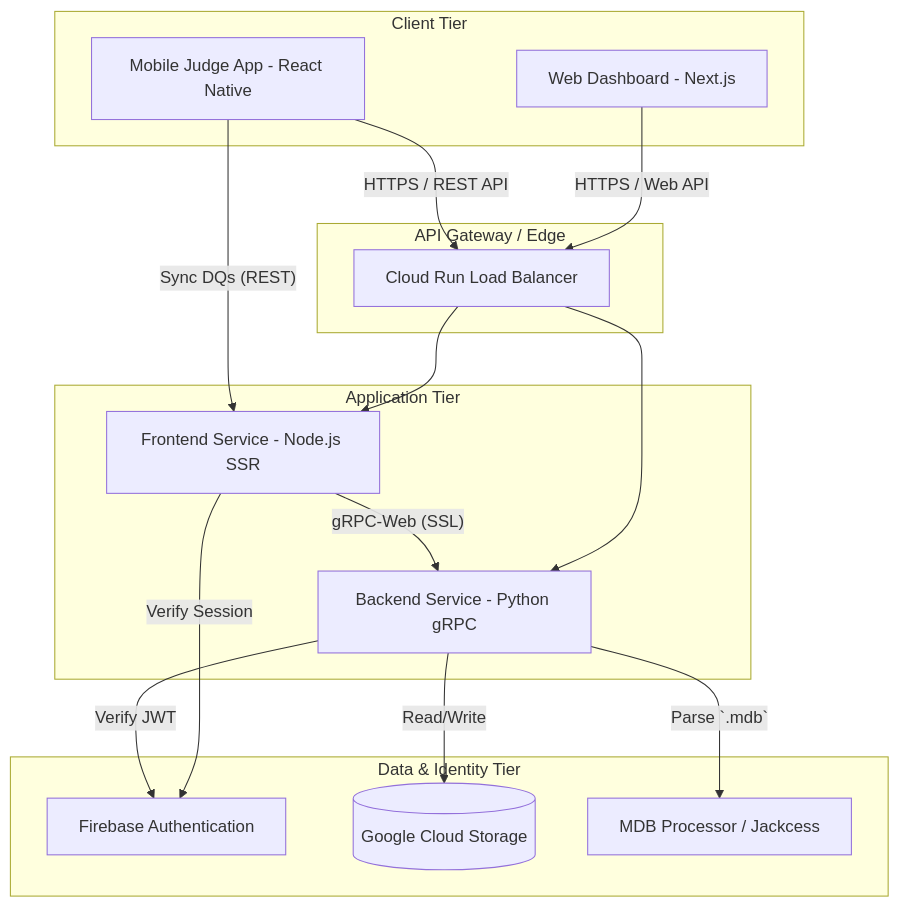
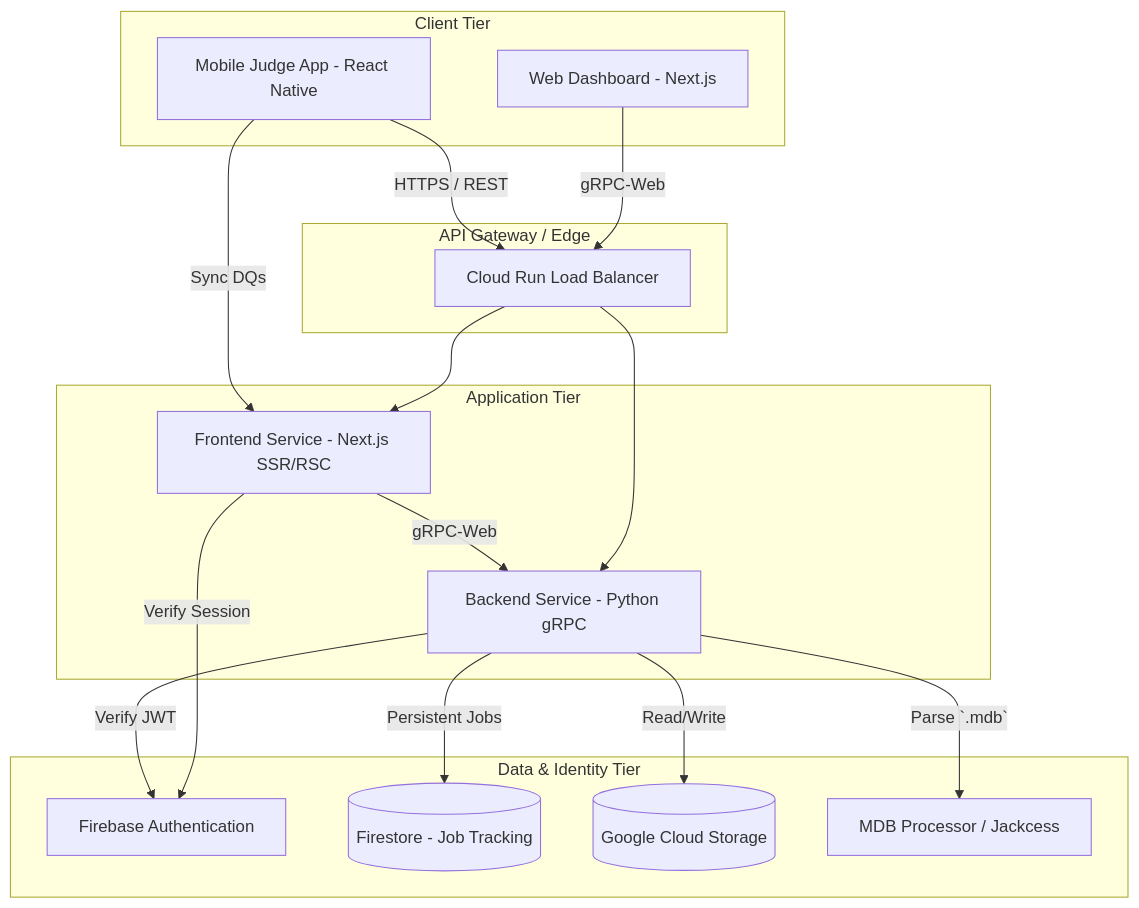
The diagram in docs/ARCHITECTURE_COMPREHENSIVE.md (pfisherogden/MeetManager-Tools), drawn with Mermaid before and after one commit. The commit also changed other lines of this file and 6 other files, not shown here.

Commit message:
feat: complete E2E coverage and consolidated architecture docs

````diff
--- a/docs/ARCHITECTURE_COMPREHENSIVE.md
+++ b/docs/ARCHITECTURE_COMPREHENSIVE.md
@@ -23,36 +13,38 @@
 ```mermaid
 flowchart TB
     subgraph Client Tier
         WD[Web Dashboard - Next.js]
         MA[Mobile Judge App - React Native]
     end
 
     subgraph API Gateway / Edge
         LB[Cloud Run Load Balancer]
     end
 
     subgraph Application Tier
-        FE_SRV[Frontend Service - Node.js SSR]
+        FE_SRV[Frontend Service - Next.js SSR/RSC]
         BE_SRV[Backend Service - Python gRPC]
     end
 
     subgraph Data & Identity Tier
         FA[Firebase Authentication]
+        FS[(Firestore - Job Tracking)]
         GCS[(Google Cloud Storage)]
         MDB_PROC[MDB Processor / Jackcess]
     end
 
-    WD -- HTTPS / Web API --> LB
-    MA -- HTTPS / REST API --> LB
+    WD -- gRPC-Web --> LB
+    MA -- HTTPS / REST --> LB
     
     LB --> FE_SRV
     LB --> BE_SRV
     
-    FE_SRV -- gRPC-Web (SSL) --> BE_SRV
+    FE_SRV -- gRPC-Web --> BE_SRV
     FE_SRV -- Verify Session --> FA
-    MA -- Sync DQs (REST) --> FE_SRV
+    MA -- Sync DQs --> FE_SRV
     
     BE_SRV -- Verify JWT --> FA
+    BE_SRV -- Persistent Jobs --> FS
     BE_SRV -- Read/Write --> GCS
     BE_SRV -- Parse `.mdb` --> MDB_PROC
 ```
````
